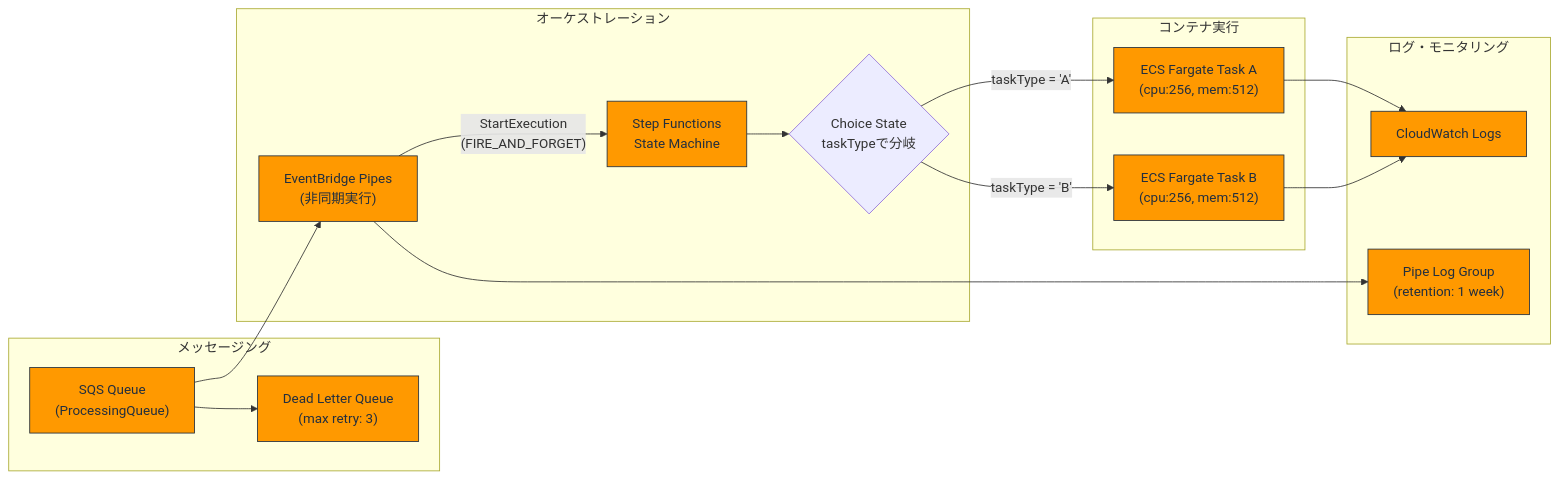
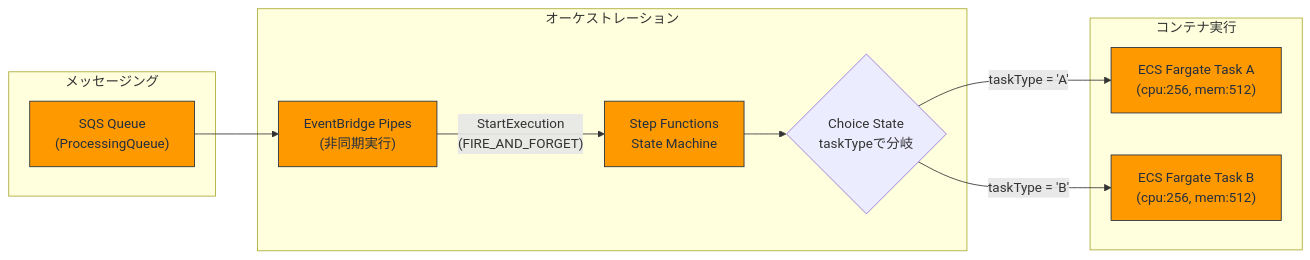
One commit to no7wataru/eventbridge-ecs-poc changed the first of 2 diagrams in README.md. Above: the diagram before and after it, drawn with Mermaid.

````diff
--- a/README.md
+++ b/README.md
@@ -27,37 +27,27 @@
 ```mermaid
 %%{init: {'theme': 'architecture-beta'}}%%
 flowchart LR
     subgraph "メッセージング"
         SQS["SQS Queue<br>(ProcessingQueue)"]
-        DLQ["Dead Letter Queue<br>(max retry: 3)"]
-        SQS --> DLQ
     end
 
     subgraph "オーケストレーション"
         PIPE["EventBridge Pipes<br>(非同期実行)"]
         SFN["Step Functions<br>State Machine"]
         CHOICE{"Choice State<br>taskTypeで分岐"}
     end
 
     subgraph "コンテナ実行"
         TASK_A["ECS Fargate Task A<br>(cpu:256, mem:512)"]
         TASK_B["ECS Fargate Task B<br>(cpu:256, mem:512)"]
     end
 
-    subgraph "ログ・モニタリング"
-        LOGS["CloudWatch Logs"]
-        PIPE_LOGS["Pipe Log Group<br>(retention: 1 week)"]
-    end
-
     SQS --> PIPE
     PIPE --> |"StartExecution<br>(FIRE_AND_FORGET)"| SFN
     SFN --> CHOICE
     CHOICE --> |"taskType = 'A'"| TASK_A
     CHOICE --> |"taskType = 'B'"| TASK_B
-    TASK_A --> LOGS
-    TASK_B --> LOGS
-    PIPE --> PIPE_LOGS
 
     classDef aws fill:#FF9900,stroke:#232F3E,color:#232F3E;
     class SQS,DLQ,PIPE,SFN,TASK_A,TASK_B,LOGS,PIPE_LOGS aws;
 ```
````
